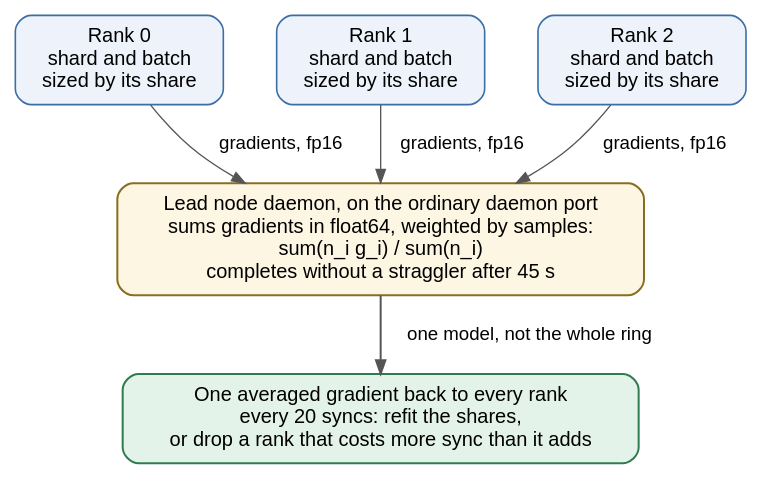
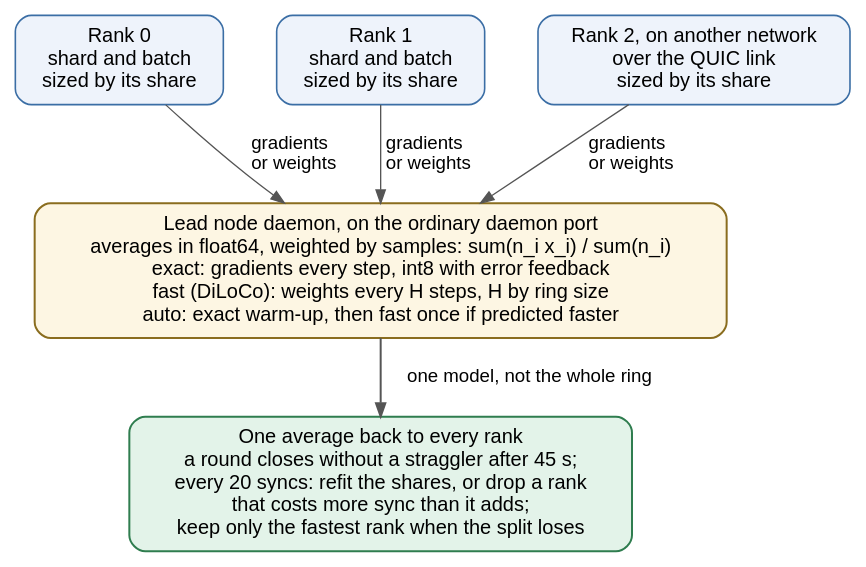
The diagram in docs/diagrams/src/fig_4.10_ddp.dot (vinayakyadav2709/Pipedpeer), drawn with Graphviz before and after one commit. The commit also changed 28 other files, not shown here.

```diff
--- a/docs/diagrams/src/fig_4.10_ddp.dot
+++ b/docs/diagrams/src/fig_4.10_ddp.dot
@@ -1,25 +1,27 @@
-// Figure 4.10 - Data parallel training: gradients meet on the daemon port and
-// the daemon reduces them. The explanatory note lives in the caption.
+// Figure 4.10 - Data parallel training: ranks meet on the daemon port and the
+// lead daemon averages. Exact mode exchanges int8 gradients every step; fast
+// mode (DiLoCo-style) averages weights every H steps; auto switches to fast
+// once when it is predicted faster. The explanatory note lives in the caption.
 digraph DDP {
   rankdir=TB; bgcolor="white"; nodesep=0.55; ranksep=0.60;
   node [fontname="Helvetica", fontsize=15, shape=box, style="rounded,filled",
         fillcolor="#eef3fb", color="#3b6ea5", penwidth=1.2, margin="0.18,0.11"];
   edge [fontname="Helvetica", fontsize=14, color="#555555"];
 
   r0 [label="Rank 0\nshard and batch\nsized by its share"];
   r1 [label="Rank 1\nshard and batch\nsized by its share"];
-  r2 [label="Rank 2\nshard and batch\nsized by its share"];
+  r2 [label="Rank 2, on another network\nover the QUIC link\nsized by its share"];
 
-  board [label="Lead node daemon, on the ordinary daemon port\nsums gradients in float64, weighted by samples:\nsum(n_i g_i) / sum(n_i)\ncompletes without a straggler after 45 s",
+  board [label="Lead node daemon, on the ordinary daemon port\naverages in float64, weighted by samples: sum(n_i x_i) / sum(n_i)\nexact: gradients every step, int8 with error feedback\nfast (DiLoCo): weights every H steps, H by ring size\nauto: exact warm-up, then fast once if predicted faster",
          fillcolor="#fdf6e3", color="#8a6d1f", penwidth=1.5];
 
-  avg [label="One averaged gradient back to every rank\nevery 20 syncs: refit the shares,\nor drop a rank that costs more sync than it adds",
+  avg [label="One average back to every rank\na round closes without a straggler after 45 s;\nevery 20 syncs: refit the shares, or drop a rank\nthat costs more sync than it adds;\nkeep only the fastest rank when the split loses",
        fillcolor="#e3f3e9", color="#2f7d4f", penwidth=1.5];
 
-  r0 -> board [label="  gradients, fp16  "];
-  r1 -> board [label="  gradients, fp16  "];
-  r2 -> board [label="  gradients, fp16  "];
+  r0 -> board [label="  gradients  \l  or weights  \l"];
+  r1 -> board [label="  gradients  \l  or weights  \l"];
+  r2 -> board [label="  gradients  \l  or weights  \l"];
   board -> avg [label="  one model, not the whole ring  ", penwidth=1.5];
 
   { rank=same; r0; r1; r2; }
 }
```
